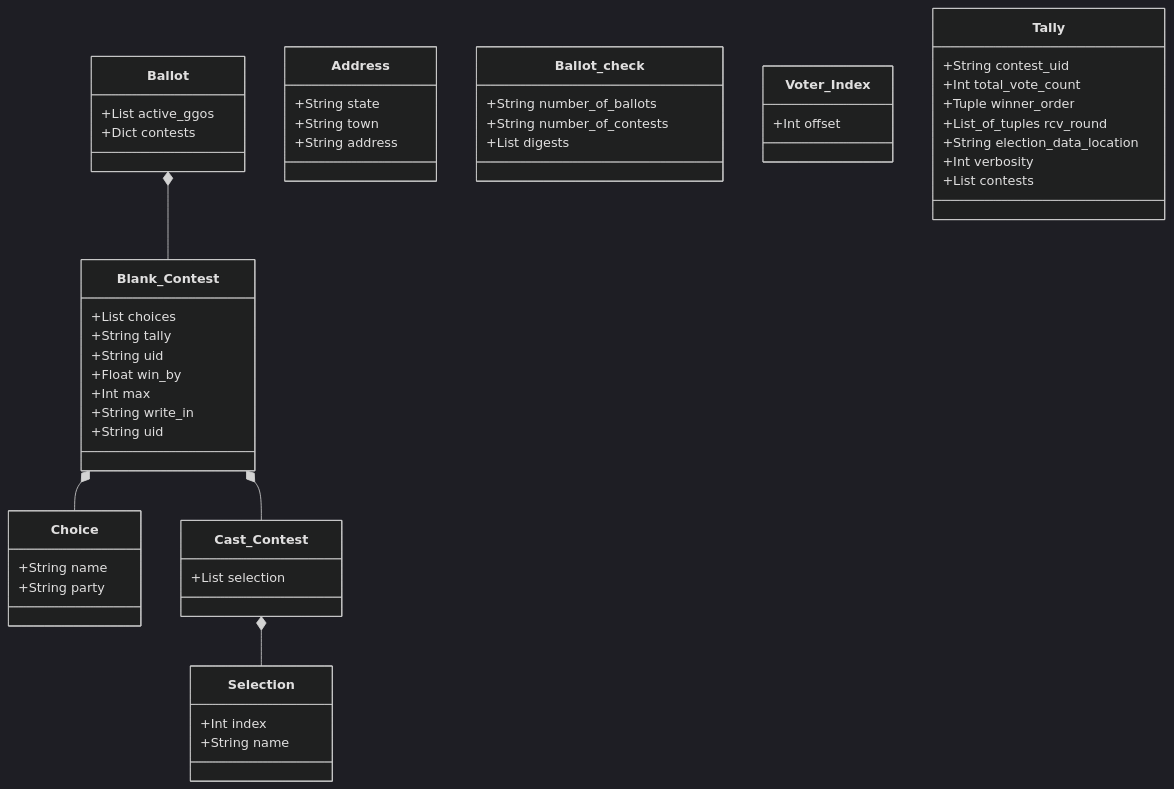
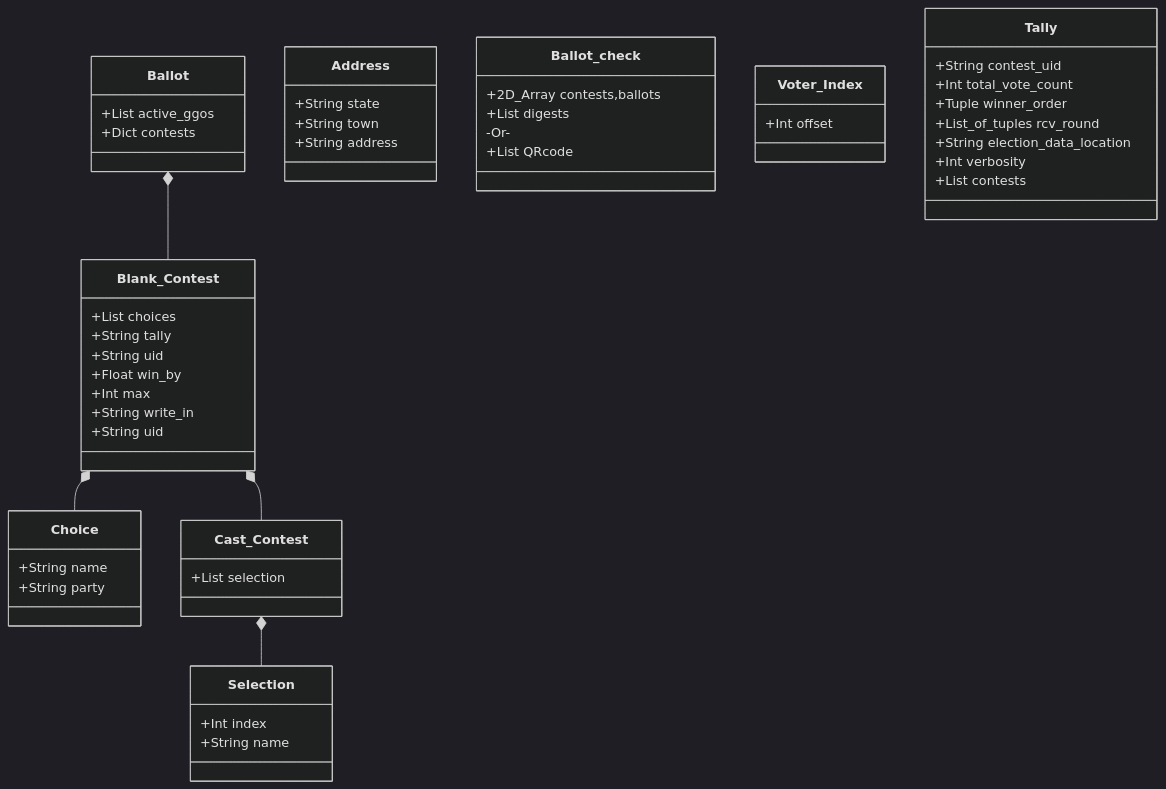
The diagram in docs/VTP-core-data-classes.md (TrustTheVote-Project/VTP-RCV-demo), drawn with Mermaid (dark theme) before and after one commit.

````diff
--- a/docs/VTP-core-data-classes.md
+++ b/docs/VTP-core-data-classes.md
@@ -2,63 +2,64 @@
 ```mermaid
 classDiagram
   Blank_Contest *-- Choice
   Ballot *-- Blank_Contest
   Blank_Contest *-- Cast_Contest
   Cast_Contest *-- Selection
 
   class Address {
     +String state
     +String town
     +String address
   }
 
   class Choice {
     +String name
     +String party
   }
 
   class Selection {
     +Int index
     +String name
   }
 
   class Blank_Contest {
     +List choices
     +String tally
     +String uid
     +Float win_by
     +Int max
     +String write_in
     +String uid
   }
 
   class Cast_Contest {
     +List selection
   }
 
   class Ballot {
     +List active_ggos
     +Dict contests
   }
 
   class Ballot_check {
-    +String number_of_ballots
-    +String number_of_contests
+    +2D_Array contests,ballots
     +List digests
+    -Or-
+    +List QRcode
   }
 
   class Voter_Index {
     +Int offset
   }
 
   class Tally {
     +String contest_uid
     +Int total_vote_count
     +Tuple winner_order
     +List_of_tuples rcv_round
     +String election_data_location
     +Int verbosity
     +List contests
   }
 
 ```
````
